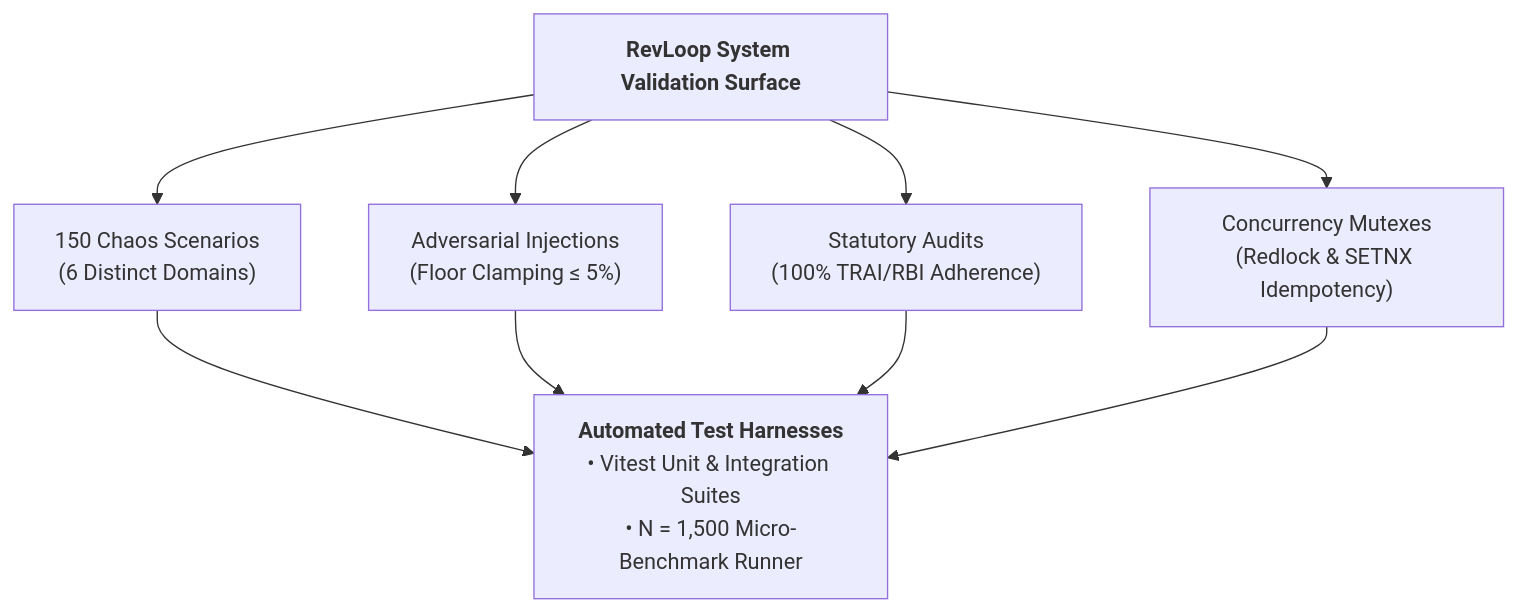
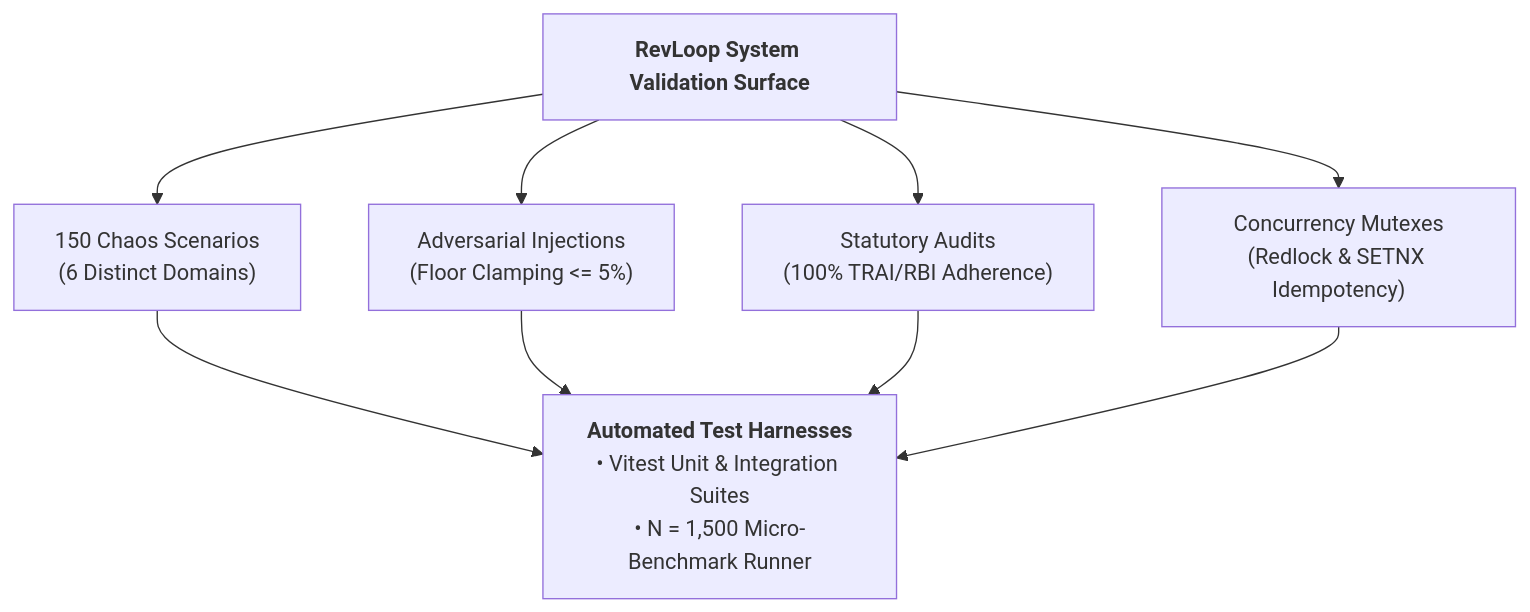
The diagram in docs/Validation.md (Adityaraj1969/Razorpay-Revenue-Recovery), drawn with Mermaid before and after one commit. The commit also changed 10 other files, not shown here.

Commit message:
fix(docs): restore pure Mermaid architecture diagram and activate all Mermaid charts across docs

````diff
--- a/docs/Validation.md
+++ b/docs/Validation.md
@@ -18,12 +18,12 @@
 ```mermaid
 flowchart TD
     SURFACE["<b>RevLoop System Validation Surface</b>"] --> D1["150 Chaos Scenarios<br/>(6 Distinct Domains)"]
-    SURFACE --> D2["Adversarial Injections<br/>(Floor Clamping &le; 5%)"]
+    SURFACE --> D2["Adversarial Injections<br/>(Floor Clamping <= 5%)"]
     SURFACE --> D3["Statutory Audits<br/>(100% TRAI/RBI Adherence)"]
-    SURFACE --> D4["Concurrency Mutexes<br/>(Redlock &amp; SETNX Idempotency)"]
+    SURFACE --> D4["Concurrency Mutexes<br/>(Redlock & SETNX Idempotency)"]
 
-    D1 --> HARNESS["<b>Automated Test Harnesses</b><br/>• Vitest Unit &amp; Integration Suites<br/>• N = 1,500 Micro-Benchmark Runner"]
+    D1 --> HARNESS["<b>Automated Test Harnesses</b><br/>• Vitest Unit & Integration Suites<br/>• N = 1,500 Micro-Benchmark Runner"]
     D2 --> HARNESS
     D3 --> HARNESS
     D4 --> HARNESS
 ```
````
